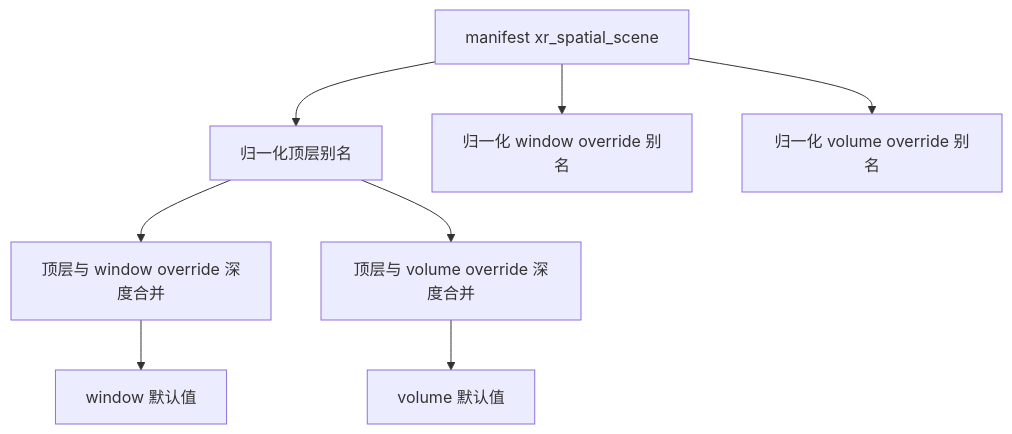
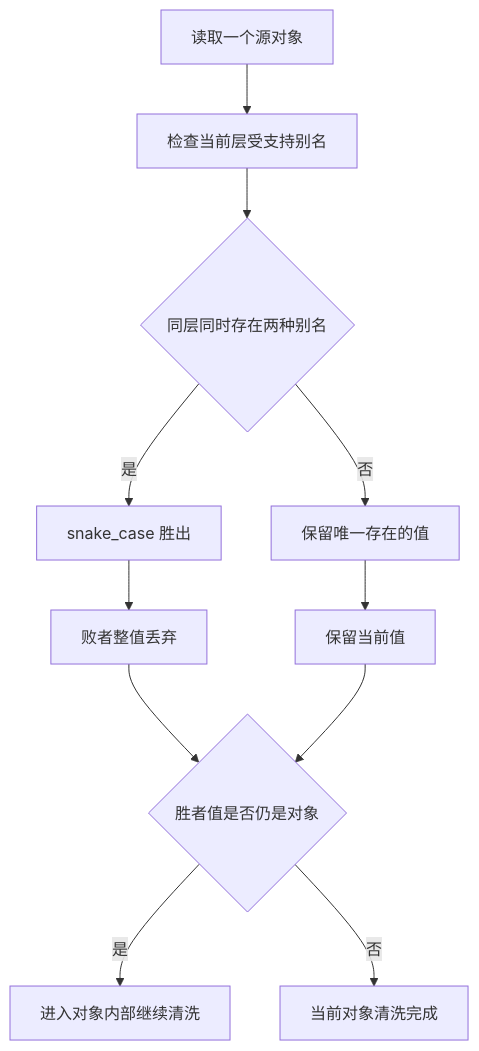
One commit to webspatial/webspatial-sdk changed the first of 2 diagrams in openspec/changes/manifest-scene-aliases/design.zh.md. Above: the diagram before and after it, drawn with Mermaid. The commit also changed other lines of this file and 8 other files, not shown here.

````diff
--- a/openspec/changes/manifest-scene-aliases/design.zh.md
+++ b/openspec/changes/manifest-scene-aliases/design.zh.md
@@ -25,10 +25,13 @@
 ```mermaid
 flowchart TD
-    A[manifest xr_spatial_scene] --> B[归一化顶层别名]
-    A --> C[归一化 window override 别名]
-    A --> D[归一化 volume override 别名]
-    B --> E[顶层与 window override 深度合并]
-    B --> F[顶层与 volume override 深度合并]
-    E --> G[window 默认值]
-    F --> H[volume 默认值]
+    A[读取一个源对象] --> B[检查当前层受支持别名]
+    B --> C{同层同时存在两种别名}
+    C -->|是| D[snake_case 胜出]
+    C -->|否| E[保留唯一存在的值]
+    D --> F[败者整值丢弃]
+    E --> G[保留当前值]
+    F --> H{胜者值是否仍是对象}
+    G --> H
+    H -->|是| I[进入对象内部继续清洗]
+    H -->|否| J[当前对象清洗完成]
 ```
````
